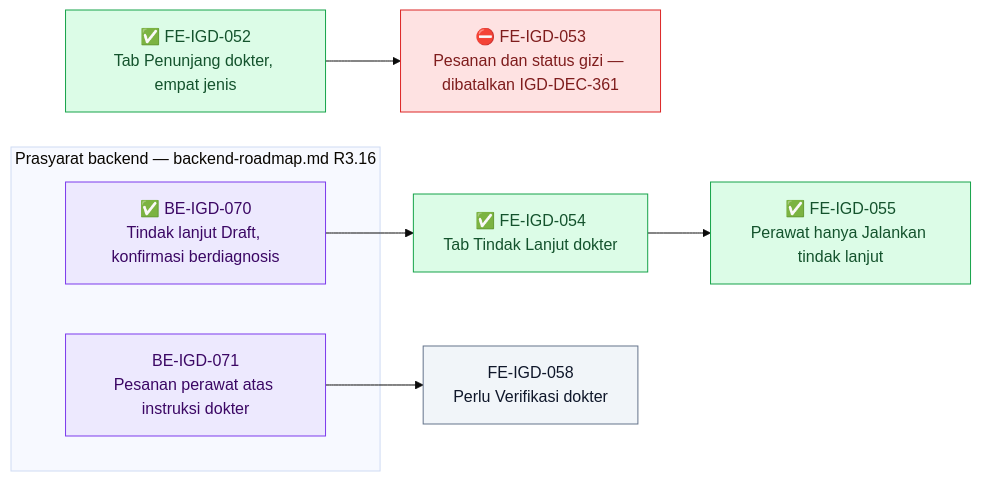
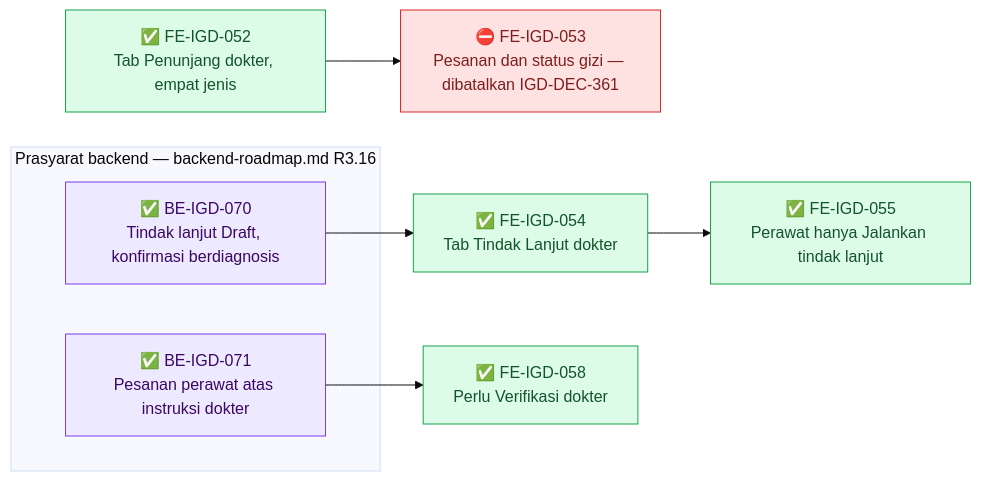
One commit to DevBenari/NewQuilvianSystemBackend changed diagram 17 of 19 in docs/module-blueprints/igd/roadmap/frontend-roadmap.md. Above: the diagram before and after it, drawn with Mermaid (base theme). The commit also changed other lines of this file and 6 other files, not shown here.

First line of the commit message:
docs(igd): BE-IGD-071, FE-IGD-057, FE-IGD-058 selesai — MVP-9 DONE

````diff
--- a/docs/module-blueprints/igd/roadmap/frontend-roadmap.md
+++ b/docs/module-blueprints/igd/roadmap/frontend-roadmap.md
@@ -2157,24 +2157,24 @@
 ```mermaid
 flowchart LR
     classDef selesai fill:#DCFCE7,stroke:#16A34A,color:#14532D
     classDef sebagian fill:#FEF9C3,stroke:#CA8A04,color:#713F12
     classDef terblokir fill:#FEE2E2,stroke:#DC2626,color:#7F1D1D
     classDef belum fill:#F1F5F9,stroke:#64748B,color:#0F172A
     classDef luar fill:#EDE9FE,stroke:#7C3AED,color:#3B0764
 
     subgraph backend1403["Prasyarat backend — backend-roadmap.md R3.16"]
         BEIGD070D["✅ BE-IGD-070<br/>Tindak lanjut Draft, konfirmasi berdiagnosis"]:::luar
-        BEIGD071D["BE-IGD-071<br/>Pesanan perawat atas instruksi dokter"]:::luar
+        BEIGD071D["✅ BE-IGD-071<br/>Pesanan perawat atas instruksi dokter"]:::luar
     end
 
     FEIGD052["✅ FE-IGD-052<br/>Tab Penunjang dokter, empat jenis"]:::selesai
     FEIGD053["⛔ FE-IGD-053<br/>Pesanan dan status gizi — dibatalkan IGD-DEC-361"]:::terblokir
     FEIGD054["✅ FE-IGD-054<br/>Tab Tindak Lanjut dokter"]:::selesai
     FEIGD055["✅ FE-IGD-055<br/>Perawat hanya Jalankan tindak lanjut"]:::selesai
-    FEIGD058["FE-IGD-058<br/>Perlu Verifikasi dokter"]:::belum
+    FEIGD058["✅ FE-IGD-058<br/>Perlu Verifikasi dokter"]:::selesai
 
     FEIGD052 --> FEIGD053
     BEIGD070D --> FEIGD054
     FEIGD054 --> FEIGD055
     BEIGD071D --> FEIGD058
 ```
````
